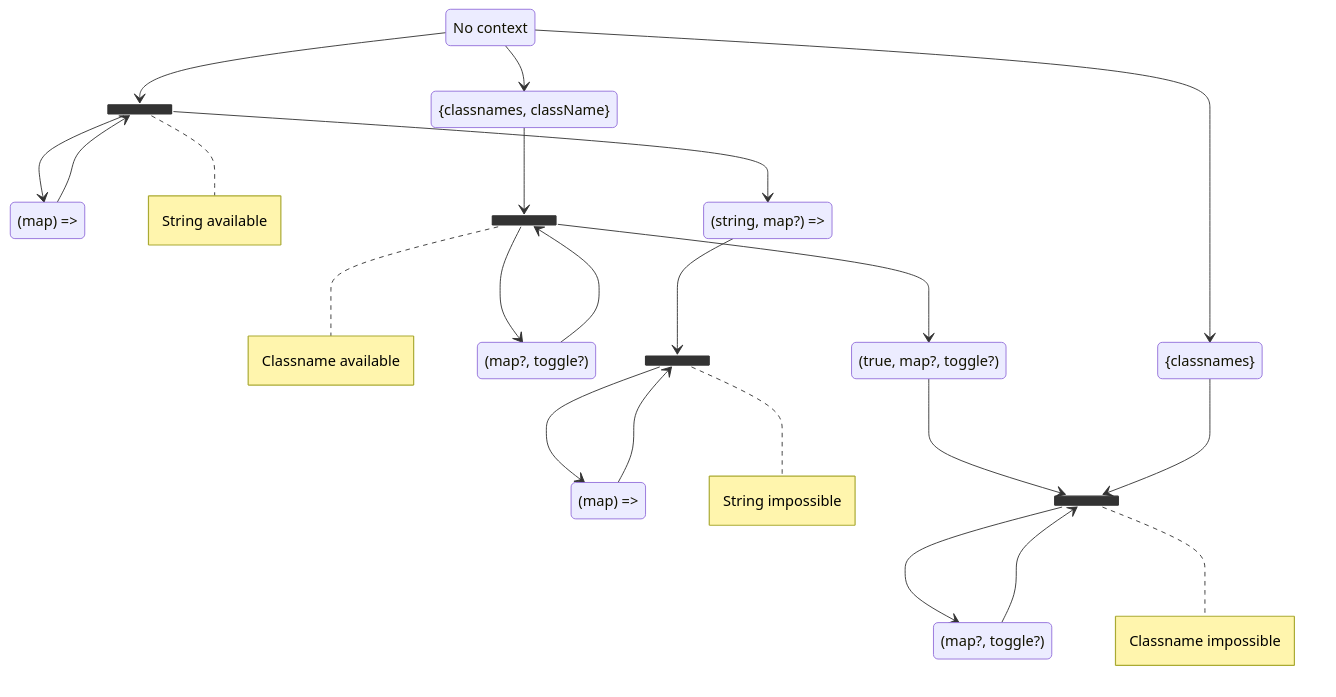
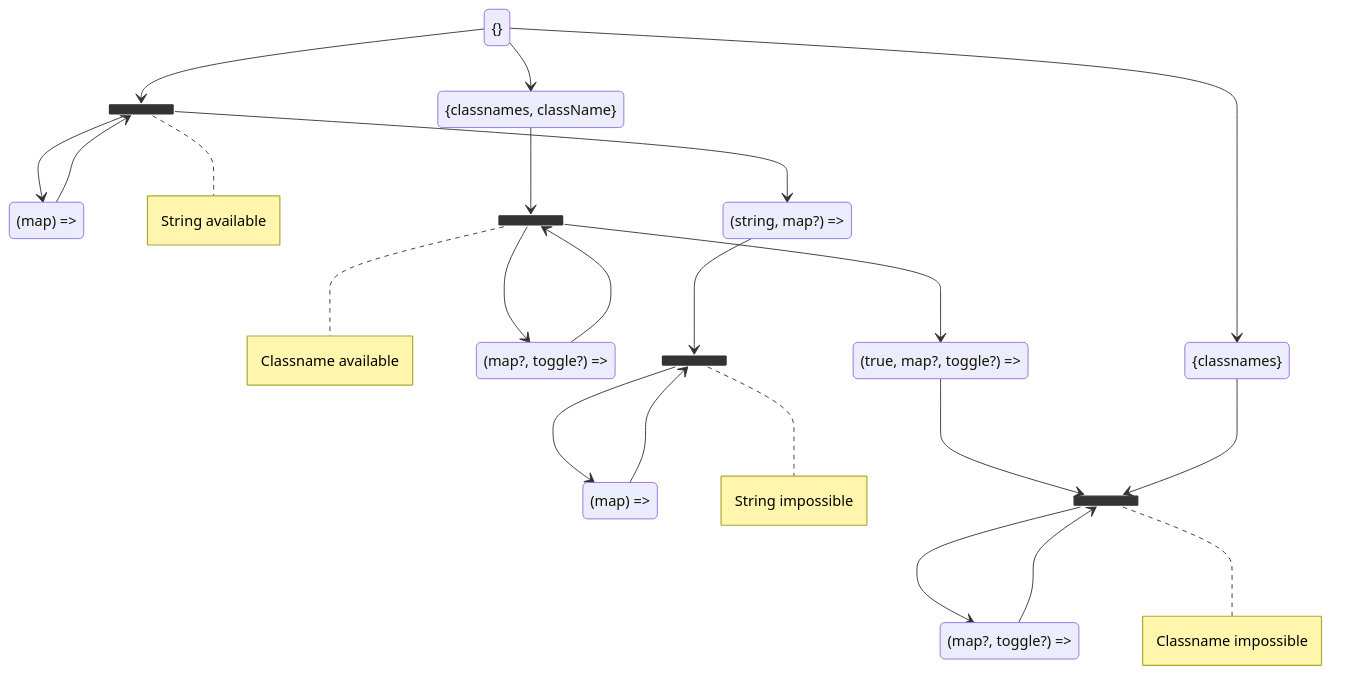
One commit to askirmas/react-classnaming changed the diagram in src/core.md. Above: the diagram before and after it, drawn with Mermaid. The commit also changed 7 other files, not shown here.

````diff
--- a/src/core.md
+++ b/src/core.md
@@ -21,50 +21,50 @@
 ```mermaid
 stateDiagram-v2
 
-[*] : No context
+[*] : {}
 context_css : {classnames}
 context_props : {classnames, className}
 
 state "(map) =>" as map1
 state "(map) =>" as map2
 
 state "(string, map?) =>" as string
 
-state "(map?, toggle?)" as key1
-state "(true, map?, toggle?)" as true
-state "(map?, toggle?)" as key2
+state "(map?, toggle?) =>" as key1
+state "(true, map?, toggle?) =>" as true
+state "(map?, toggle?) =>" as key2
 
 [*] --> context_css
 [*] --> context_props
 
 state Stringable <<fork>>
 note right of Stringable : String available
 
 [*] --> Stringable
 map1 --> Stringable
 Stringable --> map1
 Stringable --> string
 
 state Stringed <<join>>
 note right of Stringed : String impossible
 
 string --> Stringed
 Stringed --> map2
 map2 --> Stringed
 
 state Classing <<fork>>
 note right of Classing : Classname available
 context_props --> Classing
 Classing --> key1
 key1 --> Classing
 
 Classing --> true
 
 state Classed <<join>>
 note right of Classed : Classname impossible
 true --> Classed
 Classed --> key2
 key2 --> Classed
 
 context_css --> Classed
 ```
````
